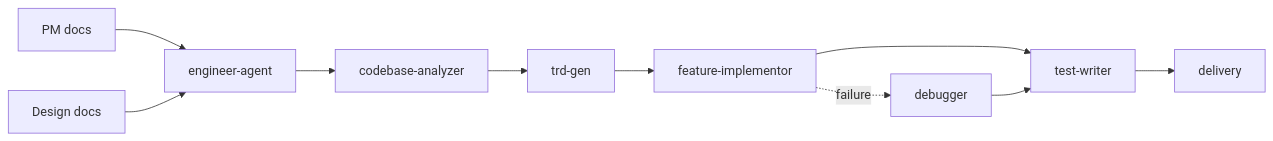
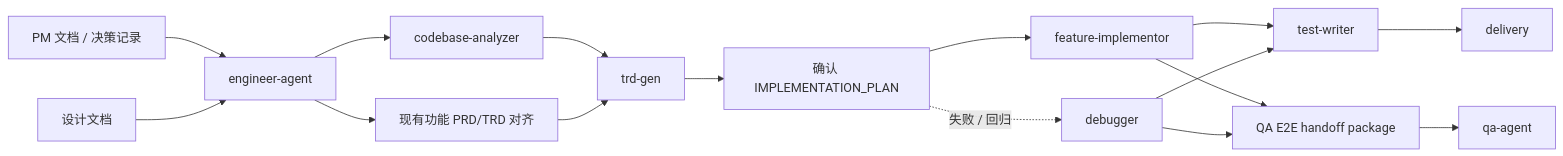
Before and after one commit to Neplich/dev-agent-skills: the diagram in agents/engineer/README_zh.md, drawn with Mermaid. The commit also changed 5 other files, not shown here.

````diff
--- a/agents/engineer/README_zh.md
+++ b/agents/engineer/README_zh.md
@@ -48,12 +48,18 @@
 ```mermaid
 flowchart LR
-    PM["PM docs"] --> Engineer["engineer-agent"]
-    Design["Design docs"] --> Engineer
+    PM["PM 文档 / 决策记录"] --> Engineer["engineer-agent"]
+    Design["设计文档"] --> Engineer
     Engineer --> Analyze["codebase-analyzer"]
+    Engineer --> Align["现有功能 PRD/TRD 对齐"]
     Analyze --> TRD["trd-gen"]
-    TRD --> Implement["feature-implementor"]
+    Align --> TRD
+    TRD --> Plan["确认 IMPLEMENTATION_PLAN"]
+    Plan --> Implement["feature-implementor"]
+    Plan -. "失败 / 回归" .-> Debug["debugger"]
     Implement --> Test["test-writer"]
+    Debug --> Test
+    Implement --> QAHandOff["QA E2E handoff package"]
+    Debug --> QAHandOff
+    QAHandOff --> QA["qa-agent"]
     Test --> Delivery["delivery"]
-    Implement -. failure .-> Debug["debugger"]
-    Debug --> Test
 ```
````
